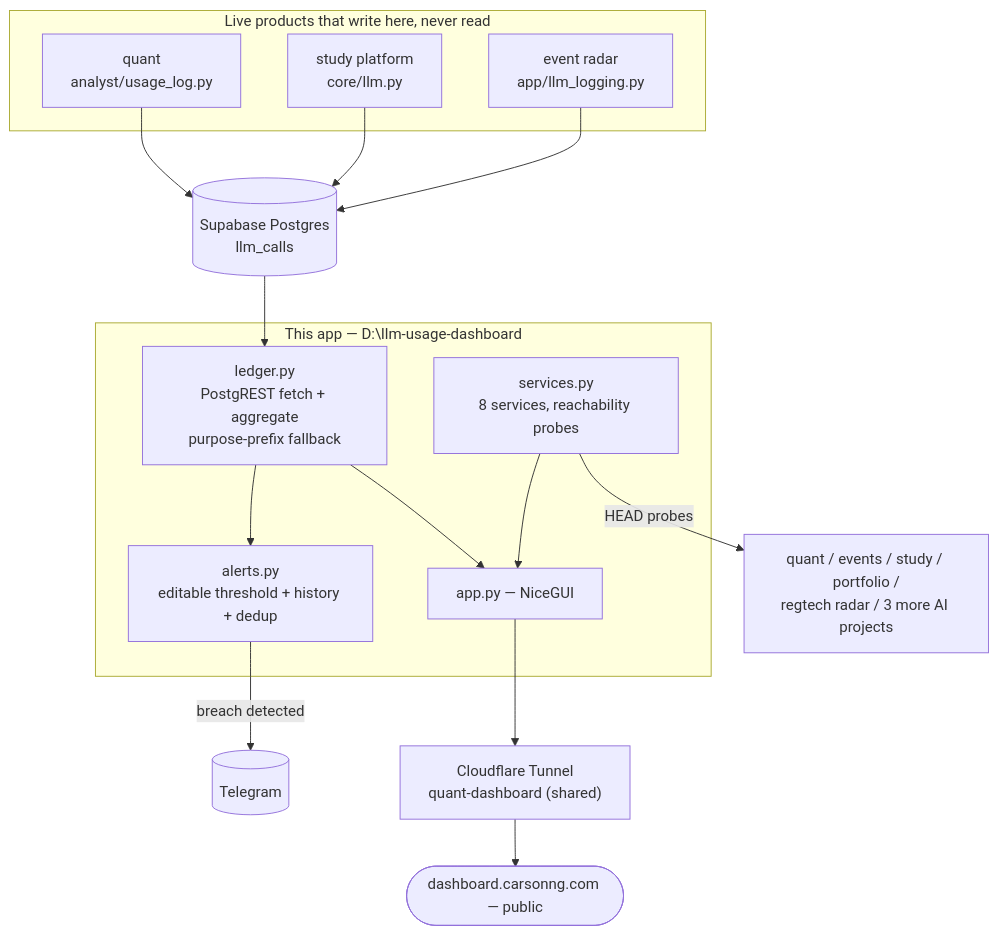
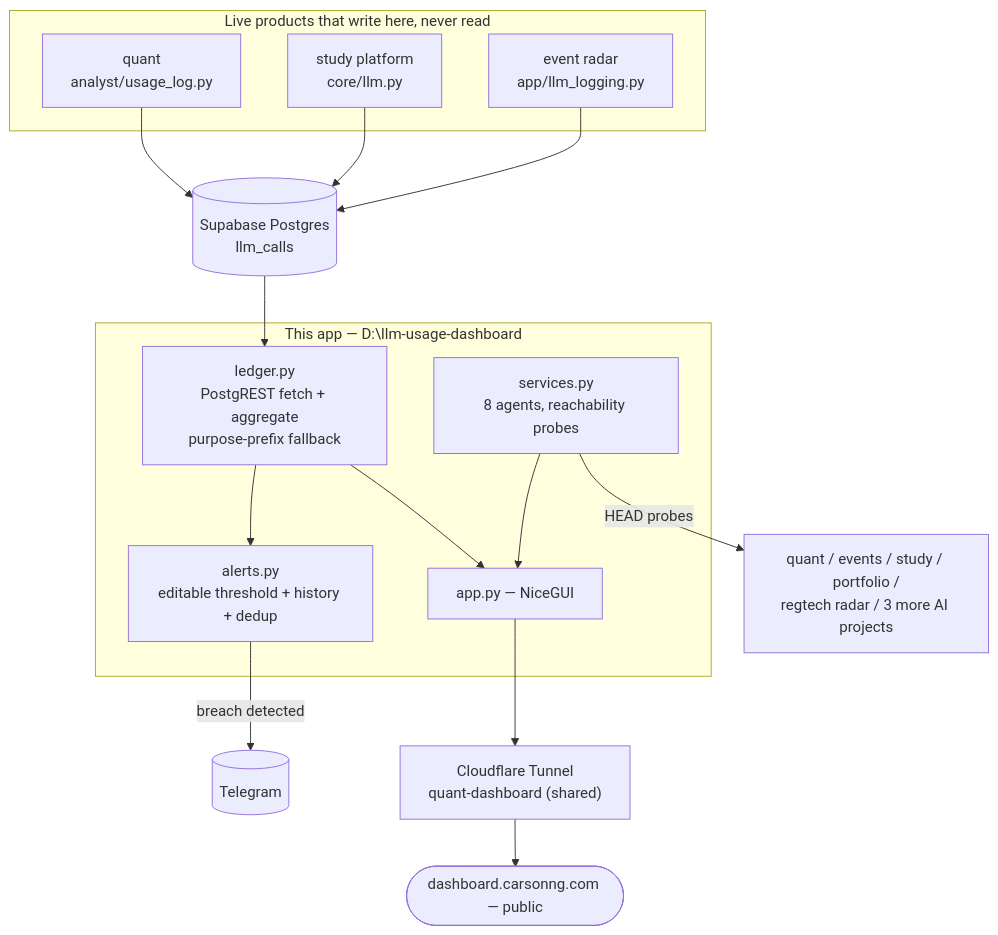
The diagram in README.md (CarsonBytes/saas_cost_dashboard), drawn with Mermaid before and after one commit. The commit also changed other lines of this file and 2 other files, not shown here.

First line of the commit message:
Rename My Services to My Agents, add AWS Code Review demo link

````diff
--- a/README.md
+++ b/README.md
@@ -13,32 +13,32 @@
 ```mermaid
 flowchart TD
     subgraph Writers["Live products that write here, never read"]
         Q["quant<br/>analyst/usage_log.py"]
         S["study platform<br/>core/llm.py"]
         E["event radar<br/>app/llm_logging.py"]
     end
 
     DB[(Supabase Postgres<br/>llm_calls)]
 
     subgraph Hub["This app — D:\llm-usage-dashboard"]
         L["ledger.py<br/>PostgREST fetch + aggregate<br/>purpose-prefix fallback"]
         A["alerts.py<br/>editable threshold + history + dedup"]
-        SV["services.py<br/>8 services, reachability probes"]
+        SV["services.py<br/>8 agents, reachability probes"]
         UI["app.py — NiceGUI"]
     end
 
     TG[("Telegram")]
     OTHER["quant / events / study / portfolio /<br/>regtech radar / 3 more AI projects"]
     CF["Cloudflare Tunnel<br/>quant-dashboard (shared)"]
     PUB(["dashboard.carsonng.com — public"])
 
     Q --> DB
     S --> DB
     E --> DB
     DB --> L --> UI
     L --> A
     A -- "breach detected" --> TG
     SV -- "HEAD probes" --> OTHER
     SV --> UI
     UI --> CF --> PUB
 ```
````
